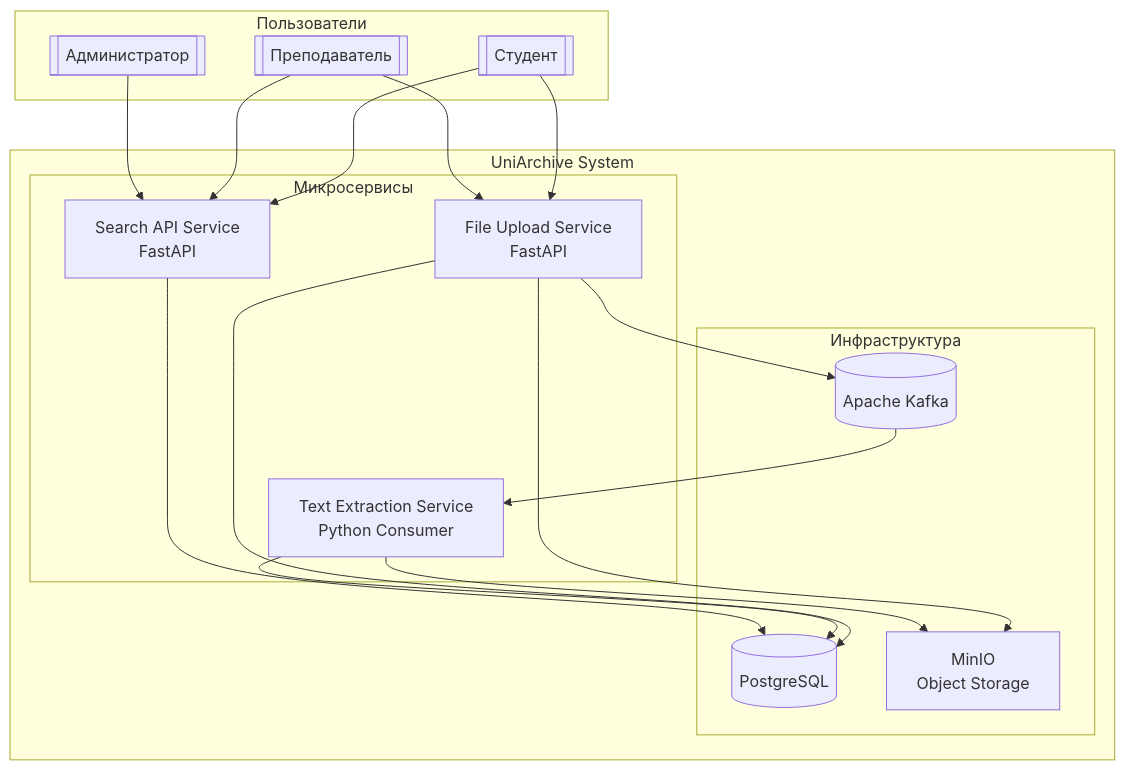
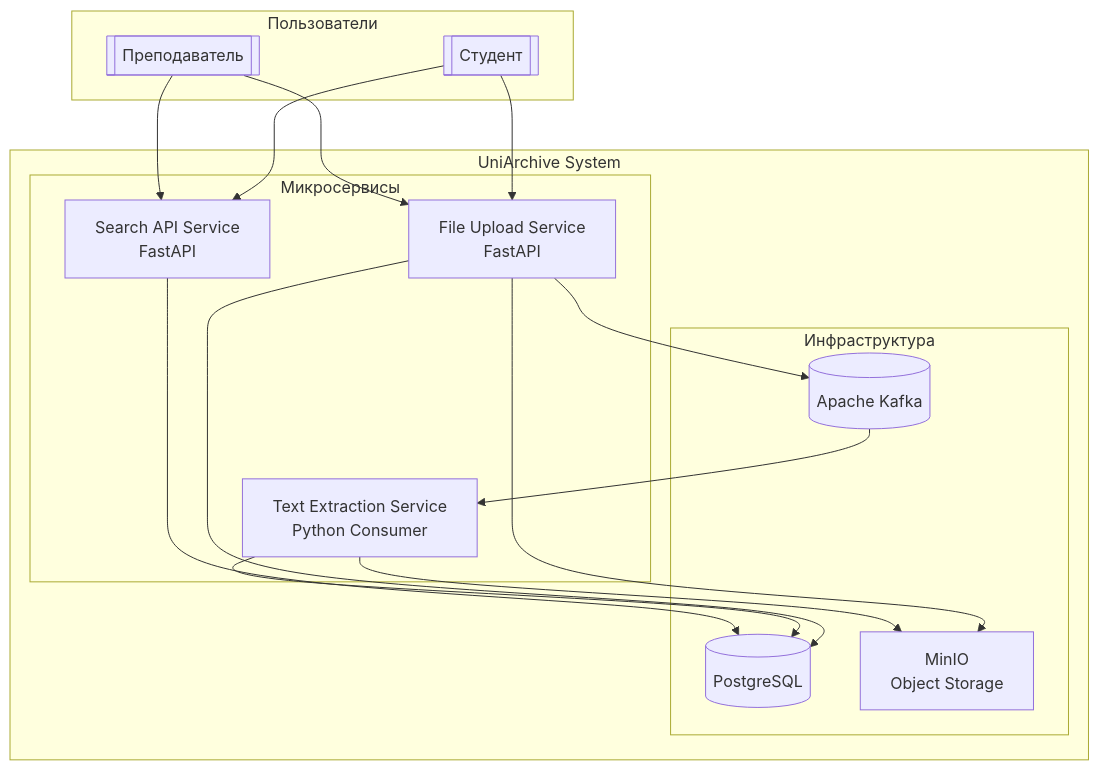
One commit to p6tso/p6tso.github.io changed the diagram in uniarchive/architecture.md. Above: the diagram before and after it, drawn with Mermaid. The commit also changed other lines of this file and 3 other files, not shown here.

````diff
--- a/uniarchive/architecture.md
+++ b/uniarchive/architecture.md
@@ -9,38 +9,36 @@
 ```mermaid
 flowchart TD
     subgraph "Пользователи"
         Student[["Студент"]]
         Teacher[["Преподаватель"]]
-        Admin[["Администратор"]]
     end
     
     subgraph "UniArchive System"
         subgraph "Микросервисы"
             MS1[File Upload Service<br/>FastAPI]
             MS2[Text Extraction Service<br/>Python Consumer]
             MS3[Search API Service<br/>FastAPI]
         end
         
         subgraph "Инфраструктура"
             K[(Apache Kafka)]
             PG[(PostgreSQL)]
             MINIO[MinIO<br/>Object Storage]
         end
     end
     
     Student --> MS1
     Student --> MS3
     Teacher --> MS1
     Teacher --> MS3
-    Admin --> MS3
     
     MS1 --> PG
     MS1 --> MINIO
     MS1 --> K
     
     K --> MS2
     MS2 --> MINIO
     MS2 --> PG
     
     MS3 --> PG
 ```
````
